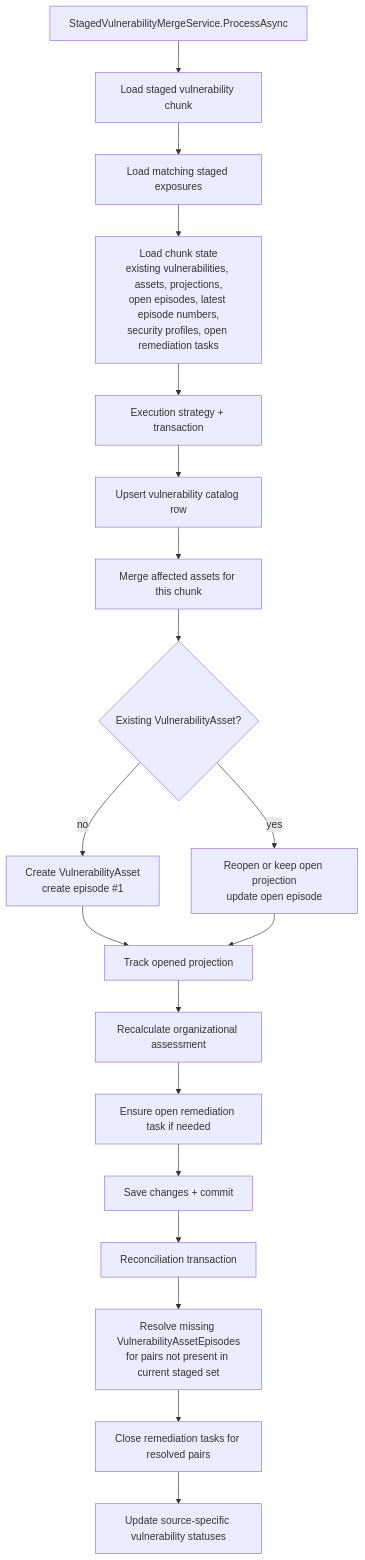
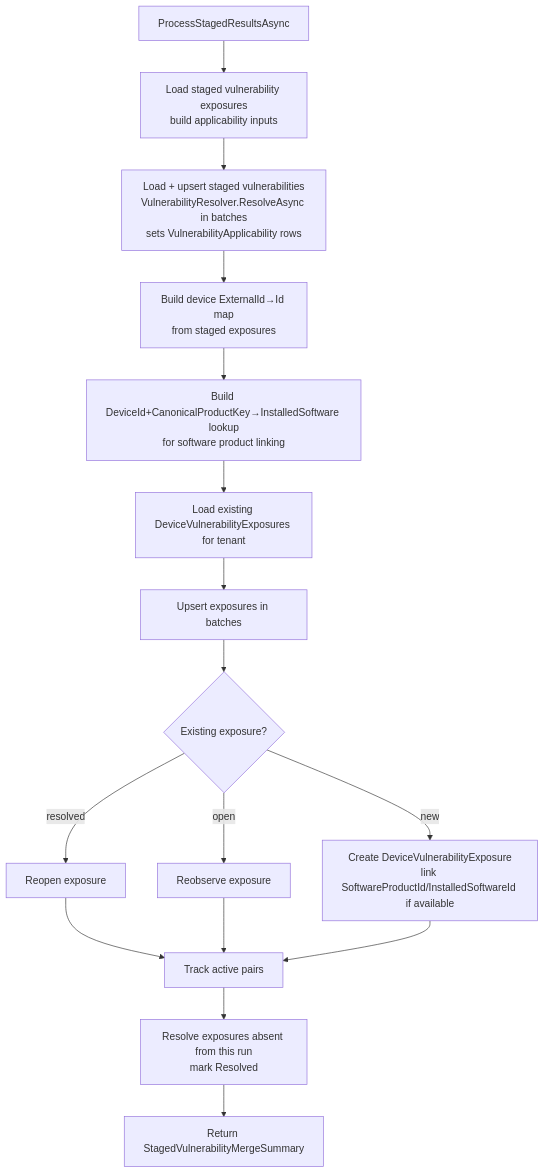
Before and after one commit to FrodeHus/PatchHound: the second of 4 diagrams in INGESTION_FLOW.md, drawn with Mermaid. The commit also changed other lines of this file and 2 other files, not shown here.

Commit message:
docs: update CLAUDE.md and INGESTION_FLOW.md for improved clarity and detail; refactor REMEDIATION_FLOW.md to reflect new case-scoped remediation structure

````diff
--- a/INGESTION_FLOW.md
+++ b/INGESTION_FLOW.md
@@ -64,21 +77,18 @@
 ```mermaid
 flowchart TD
-    A[StagedVulnerabilityMergeService.ProcessAsync] --> B[Load staged vulnerability chunk]
-    B --> C[Load matching staged exposures]
-    C --> D[Load chunk state\nexisting vulnerabilities, assets, projections,\nopen episodes, latest episode numbers,\nsecurity profiles, open remediation tasks]
-    D --> E[Execution strategy + transaction]
-    E --> F[Upsert vulnerability catalog row]
-    F --> G[Merge affected assets for this chunk]
-    G --> H{Existing VulnerabilityAsset?}
-    H -- no --> I[Create VulnerabilityAsset\ncreate episode #1]
-    H -- yes --> J[Reopen or keep open projection\nupdate open episode]
-    I --> K[Track opened projection]
-    J --> K
-    K --> L[Recalculate organizational assessment]
-    L --> M[Ensure open remediation task if needed]
-    M --> N[Save changes + commit]
-    N --> O[Reconciliation transaction]
-    O --> P[Resolve missing VulnerabilityAssetEpisodes\nfor pairs not present in current staged set]
-    P --> Q[Close remediation tasks for resolved pairs]
-    Q --> R[Update source-specific vulnerability statuses]
+    A[ProcessStagedResultsAsync] --> B[Load staged vulnerability exposures\nbuild applicability inputs]
+    B --> C[Load + upsert staged vulnerabilities\nVulnerabilityResolver.ResolveAsync in batches\nsets VulnerabilityApplicability rows]
+    C --> D[Build device ExternalId→Id map\nfrom staged exposures]
+    D --> E[Build DeviceId+CanonicalProductKey→InstalledSoftware lookup\nfor software product linking]
+    E --> F[Load existing DeviceVulnerabilityExposures for tenant]
+    F --> G[Upsert exposures in batches]
+    G --> H{Existing exposure?}
+    H -- resolved --> I[Reopen exposure]
+    H -- open --> J[Reobserve exposure]
+    H -- new --> K[Create DeviceVulnerabilityExposure\nlink SoftwareProductId/InstalledSoftwareId if available]
+    I --> L[Track active pairs]
+    J --> L
+    K --> L
+    L --> M[Resolve exposures absent from this run\nmark Resolved]
+    M --> N[Return StagedVulnerabilityMergeSummary]
 ```
````
